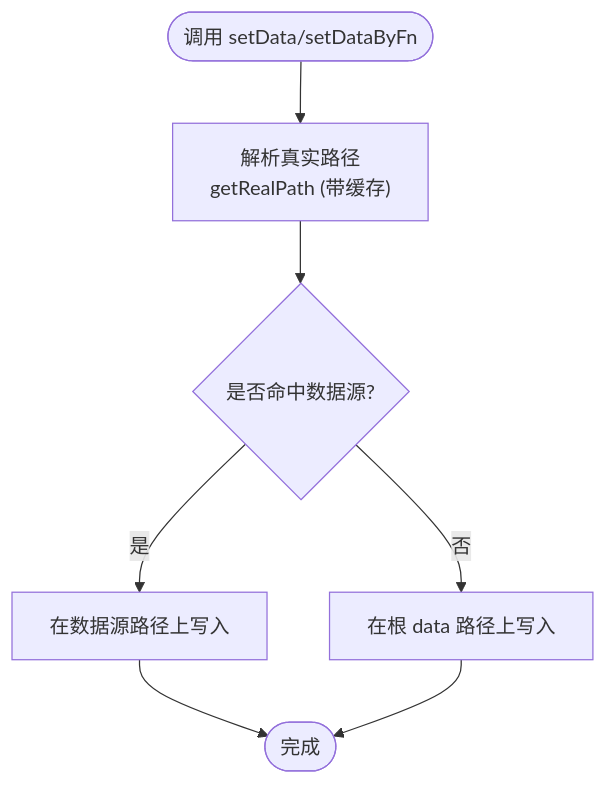
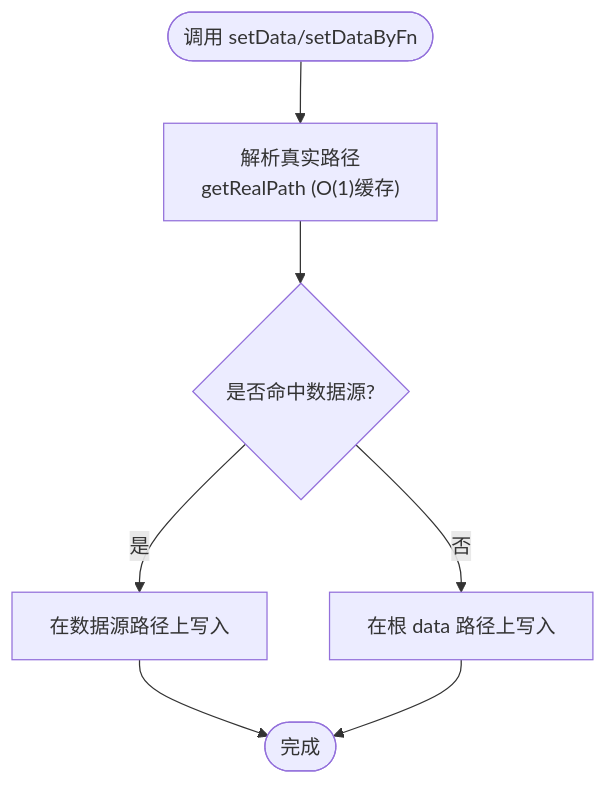
One commit to liqiongke/FrontArk changed the third of 10 diagrams in .qoder/repowiki/zh/content/框架核心/状态管理.md. Above: the diagram before and after it, drawn with Mermaid. The commit also changed other lines of this file and 17 other files, not shown here.

````diff
--- a/.qoder/repowiki/zh/content/框架核心/状态管理.md
+++ b/.qoder/repowiki/zh/content/框架核心/状态管理.md
@@ -160,9 +165,9 @@
 ```mermaid
 flowchart TD
-Start(["调用 setData/setDataByFn"]) --> Resolve["解析真实路径<br/>getRealPath (带缓存)"]
+Start(["调用 setData/setDataByFn"]) --> Resolve["解析真实路径<br/>getRealPath (O(1)缓存)"]
 Resolve --> CheckDS{"是否命中数据源?"}
 CheckDS -- 是 --> ApplyDS["在数据源路径上写入"]
 CheckDS -- 否 --> ApplyRoot["在根 data 路径上写入"]
 ApplyDS --> Done(["完成"])
 ApplyRoot --> Done
 ```
````
